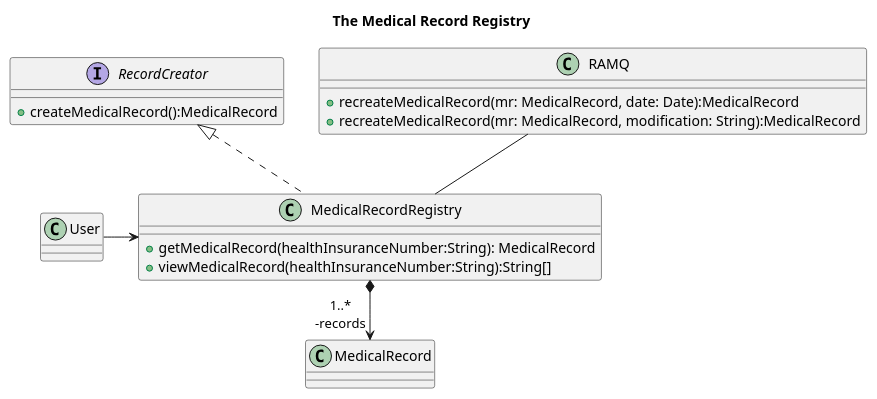
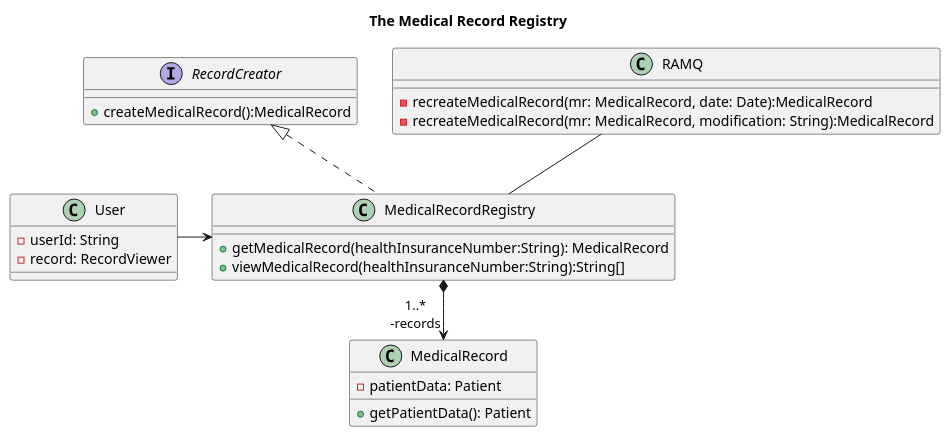
One commit to CyberFery/med changed the third of 4 diagrams in _models/classDiagram/class-diagram.puml. Above: the diagram before and after it, drawn with PlantUML. The commit also changed other lines of this file and 5 other files, not shown here.

Commit message:
Write descriptions for class diagrams

```diff
--- a/_models/classDiagram/class-diagram.puml
+++ b/_models/classDiagram/class-diagram.puml
@@ -114,28 +103,34 @@
 @startuml MedicalRecordRegistry
 
 title "The Medical Record Registry"
 
 interface RecordCreator {
 +createMedicalRecord():MedicalRecord
 }
 
 class RAMQ {
-+recreateMedicalRecord(mr: MedicalRecord, date: Date):MedicalRecord
-+recreateMedicalRecord(mr: MedicalRecord, modification: String):MedicalRecord
+-recreateMedicalRecord(mr: MedicalRecord, date: Date):MedicalRecord
+-recreateMedicalRecord(mr: MedicalRecord, modification: String):MedicalRecord
 }
 
 RAMQ -- MedicalRecordRegistry
 
 class MedicalRecordRegistry implements RecordCreator {
 +getMedicalRecord(healthInsuranceNumber:String): MedicalRecord
 +viewMedicalRecord(healthInsuranceNumber:String):String[]
 }
 
-class MedicalRecord
+class MedicalRecord {
+-patientData: Patient
++getPatientData(): Patient
+}
 
-class User 
+class User  {
+-userId: String
+-record: RecordViewer
+}
 
 User -> MedicalRecordRegistry
 MedicalRecordRegistry *--> "1..*\n-records" MedicalRecord
 
 @enduml
```
